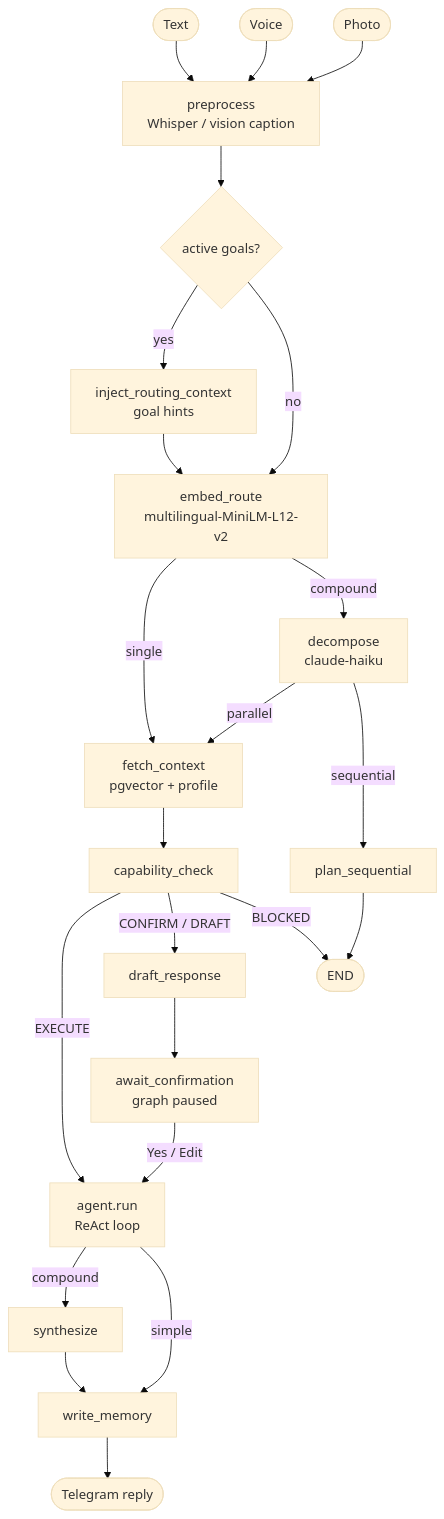
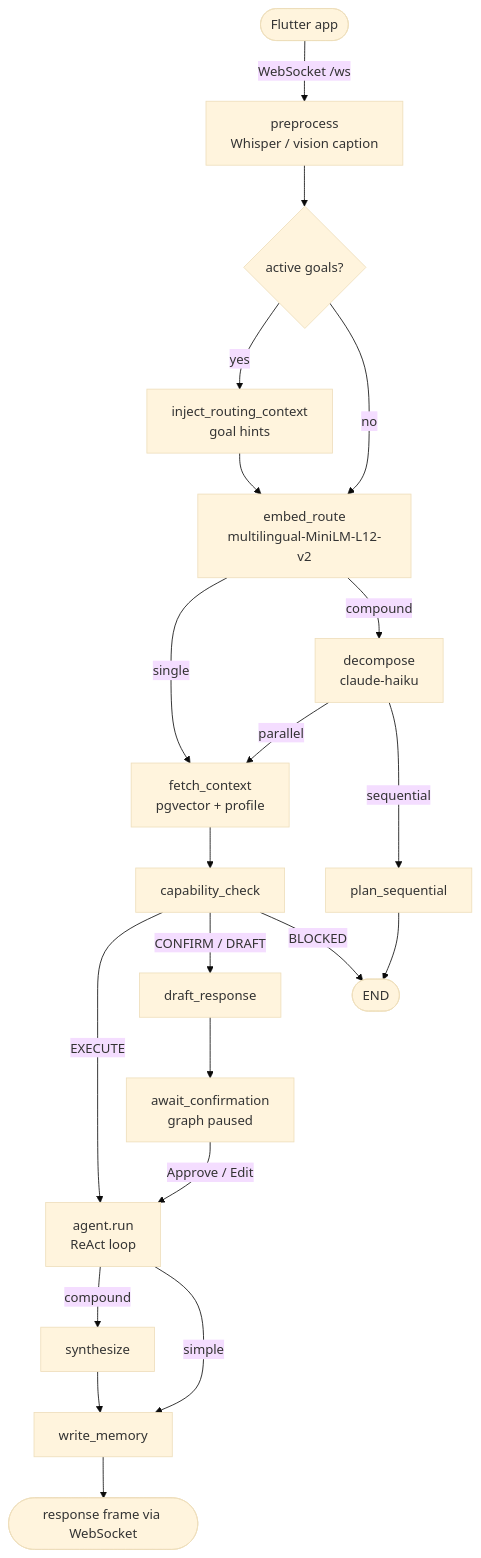
Before and after one commit to joaoajmatos/ze: the diagram in README.md, drawn with Mermaid (base theme). The commit also changed other lines of this file and 11 other files, not shown here.

````diff
--- a/README.md
+++ b/README.md
@@ -40,25 +40,23 @@
 ```mermaid
 flowchart TD
-    T([Text]) --> PRE
-    V([Voice]) --> PRE[preprocess<br/>Whisper / vision caption]
-    P([Photo]) --> PRE
-    PRE --> IRC{active goals?}
+    A([Flutter app]) -->|WebSocket /ws| PRE
+    PRE[preprocess<br/>Whisper / vision caption] --> IRC{active goals?}
     IRC -->|yes| INJ[inject_routing_context<br/>goal hints]
     IRC -->|no| ER
     INJ --> ER
 
     ER[embed_route<br/>multilingual-MiniLM-L12-v2]
     ER -->|single| FC[fetch_context<br/>pgvector + profile]
     ER -->|compound| DEC[decompose<br/>claude-haiku]
     DEC -->|parallel| FC
     DEC -->|sequential| PS[plan_sequential] --> ENDX([END])
 
     FC --> CG[capability_check]
     CG -->|EXECUTE| EX[agent.run<br/>ReAct loop]
     CG -->|CONFIRM / DRAFT| DR[draft_response] --> AC[await_confirmation<br/>graph paused]
     CG -->|BLOCKED| ENDX
-    AC -->|Yes / Edit| EX
+    AC -->|Approve / Edit| EX
     EX -->|compound| SY[synthesize] --> WM
     EX -->|simple| WM[write_memory]
-    WM --> R([Telegram reply])
+    WM --> R([response frame via WebSocket])
 ```
````
